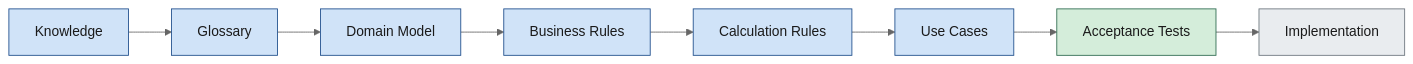
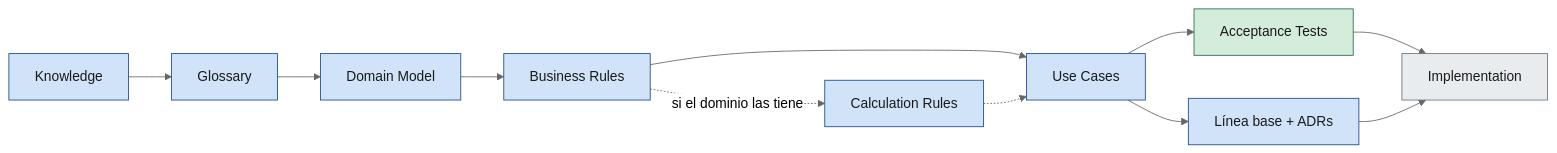
Before and after one commit to Cyberdine-Systems-Corporation/sdaf-core: the second of 2 diagrams in handbook/01-sdaf-framework.md, drawn with Mermaid (neutral theme). The commit also changed other lines of this file and 4 other files, not shown here.

````diff
--- a/handbook/01-sdaf-framework.md
+++ b/handbook/01-sdaf-framework.md
@@ -70,16 +82,19 @@
 ```mermaid
 flowchart LR
   K[Knowledge] --> G[Glossary]
   G --> M[Domain Model]
   M --> R[Business Rules]
-  R --> C[Calculation Rules]
-  C --> U[Use Cases]
+  R --> U[Use Cases]
+  R -.->|si el dominio las tiene| C[Calculation Rules]
+  C -.-> U
   U --> A[Acceptance Tests]
+  U --> AR[Línea base + ADRs]
   A --> I[Implementation]
+  AR --> I
   classDef norm fill:#d0e3f8,stroke:#1e4d8b,color:#1a1a1a;
   classDef ok fill:#d4edda,stroke:#2d6a4f,color:#1a1a1a;
   classDef stub fill:#e9ecef,stroke:#6c757d,color:#1a1a1a;
-  class K,G,M,R,C,U norm
+  class K,G,M,R,C,U,AR norm
   class A ok
   class I stub
 ```
````
